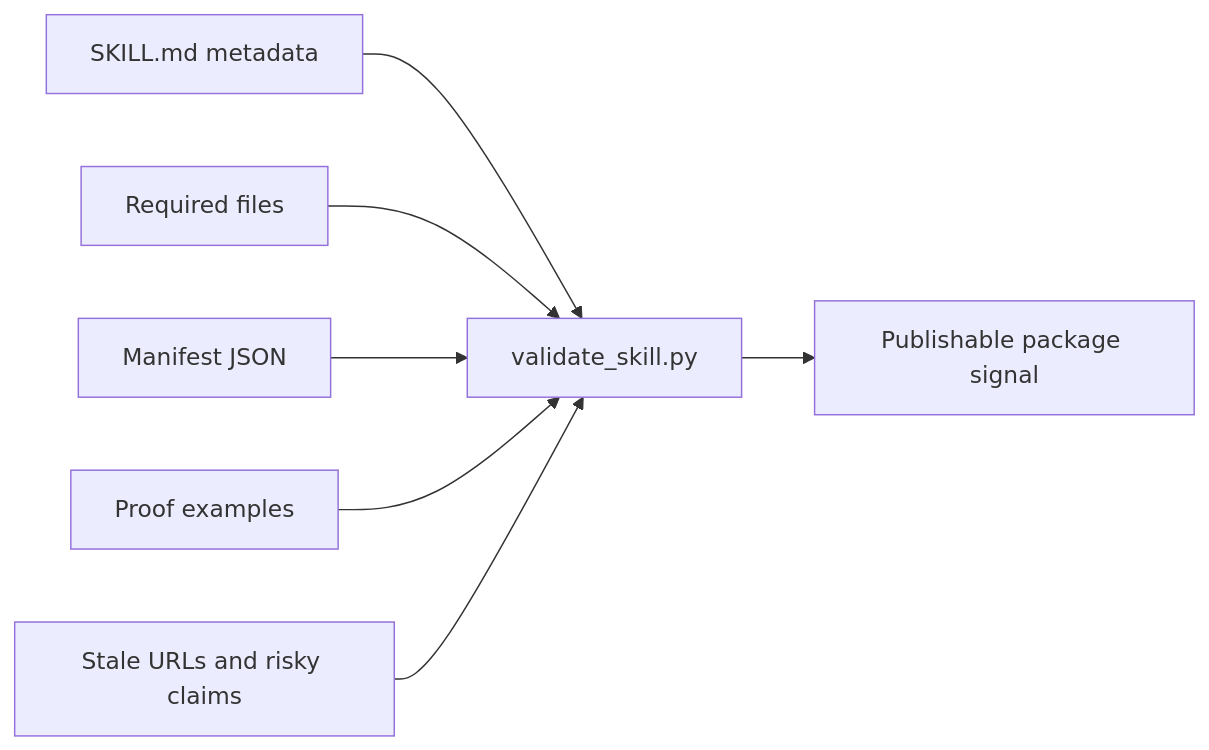
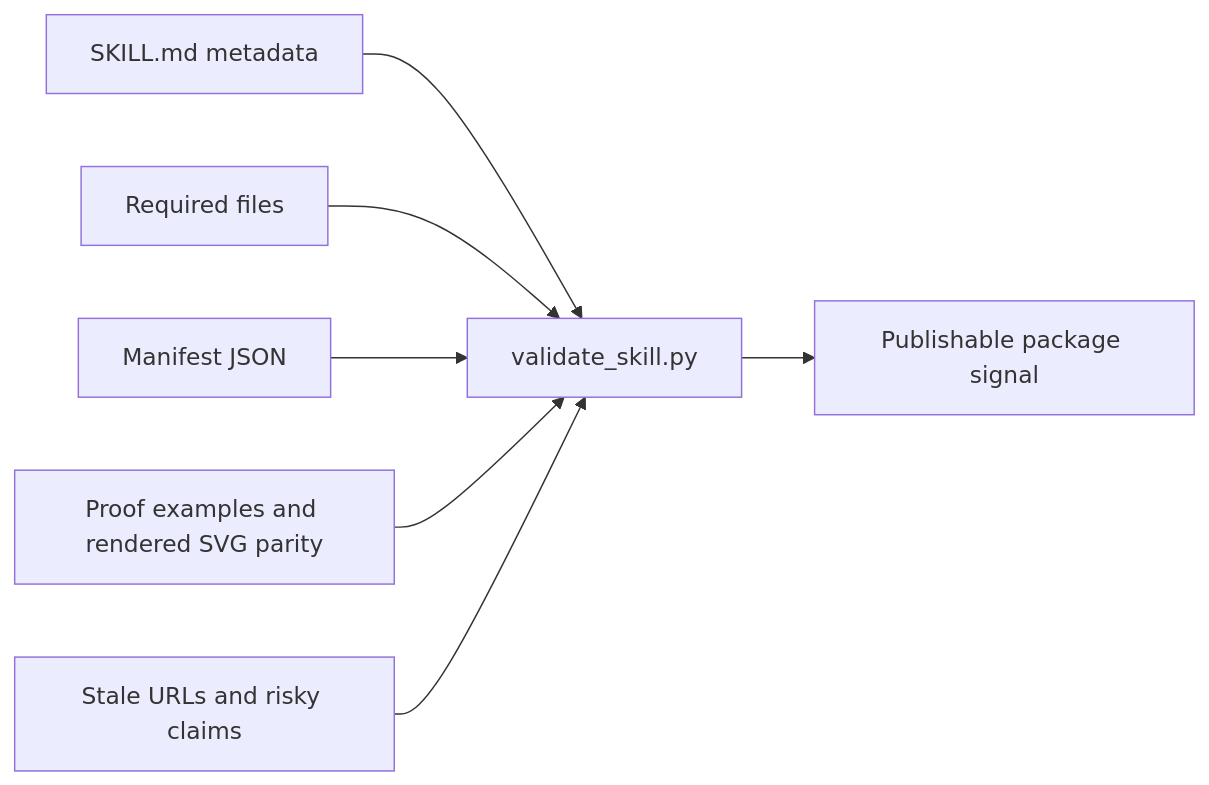
Before and after one commit to kgraph57/mckinsey-style-visualization-skill: the fourth of 6 diagrams in README.md, drawn with Mermaid. The commit also changed other lines of this file and 19 other files, not shown here.

````diff
--- a/README.md
+++ b/README.md
@@ -385,9 +423,9 @@
 ```mermaid
 flowchart LR
     A["SKILL.md metadata"] --> V["validate_skill.py"]
     B["Required files"] --> V
     C["Manifest JSON"] --> V
-    D["Proof examples"] --> V
+    D["Proof examples and rendered SVG parity"] --> V
     E["Stale URLs and risky claims"] --> V
     V --> F["Publishable package signal"]
 ```
````
